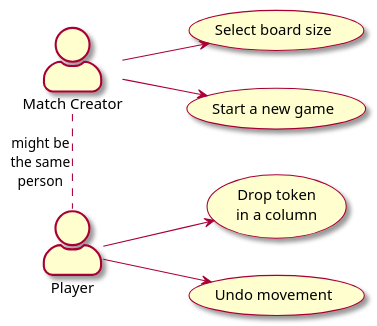
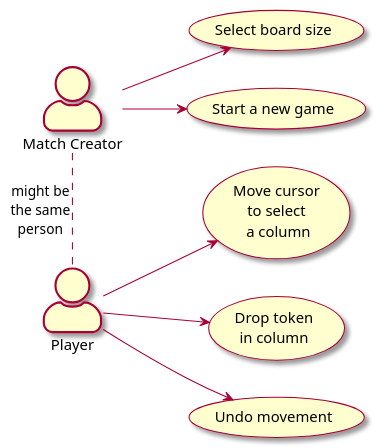
The diagram in Assets/Connect4/Documentation~/UseCases.puml (RicardoGuzmanVelasco/TDDpraxis), drawn with PlantUML before and after one commit. The commit also changed 4 other files, not shown here.

Commit message:
docs: update diagrams to include new cursor abstraction

```diff
--- a/Assets/Connect4/Documentation~/UseCases.puml
+++ b/Assets/Connect4/Documentation~/UseCases.puml
@@ -1,22 +1,24 @@
 @startuml
 skin rose
 skinparam actorstyle awesome
 left to right direction
 
 :Player:
 :Match Creator: as Creator
 
-(Drop token\nin a column) as (Drop)
+(Move cursor\nto select\n a column) as (Cursor)
+(Drop token\nin column) as (Drop)
 (Select board size) as (Size)
 (Start a new game) as (Start)
 (Undo movement) as (Undo)
 
+Player --> (Cursor)
 Player --> (Drop)
 Player --> (Undo)
 
 Creator --> (Size)
 Creator --> (Start)
 
 Creator . Player : might be\nthe same\nperson
 
 @enduml
```
